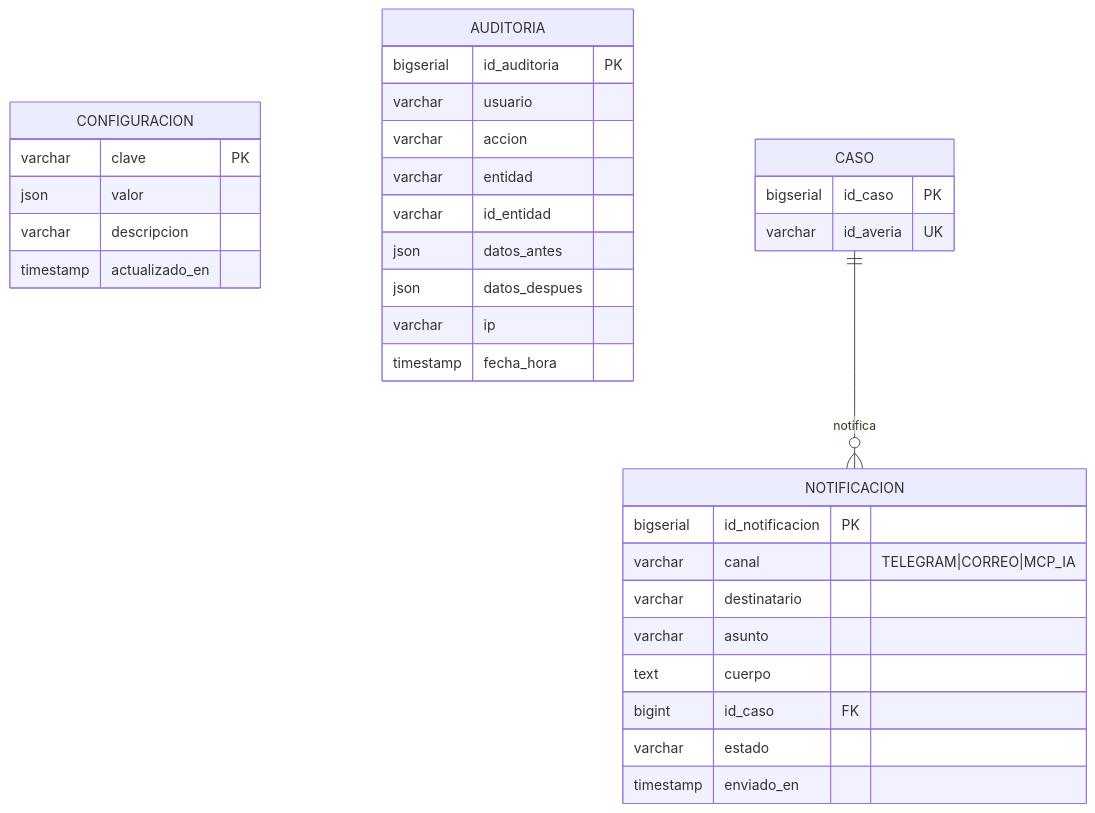
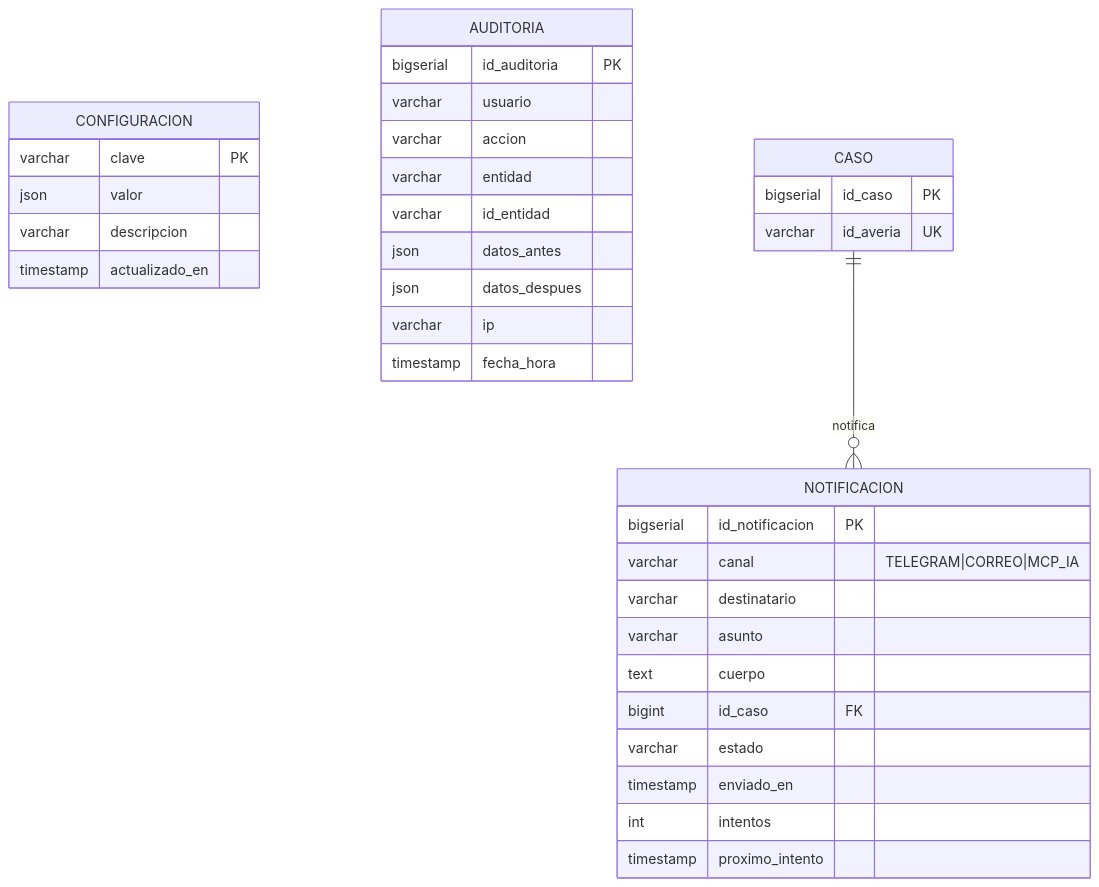
One commit to anlucorporations/GGTO changed the seventh of 7 diagrams in RepoTecnico/modelo_er.md. Above: the diagram before and after it, drawn with Mermaid. The commit also changed other lines of this file and 26 other files, not shown here.

````diff
--- a/RepoTecnico/modelo_er.md
+++ b/RepoTecnico/modelo_er.md
@@ -581,36 +583,38 @@
 ```mermaid
 erDiagram
     CONFIGURACION {
         varchar  clave PK
         json     valor
         varchar  descripcion
         timestamp actualizado_en
     }
     AUDITORIA {
         bigserial id_auditoria PK
         varchar  usuario
         varchar  accion
         varchar  entidad
         varchar  id_entidad
         json     datos_antes
         json     datos_despues
         varchar  ip
         timestamp fecha_hora
     }
     NOTIFICACION {
         bigserial id_notificacion PK
         varchar  canal "TELEGRAM|CORREO|MCP_IA"
         varchar  destinatario
         varchar  asunto
         text     cuerpo
         bigint   id_caso FK
         varchar  estado
         timestamp enviado_en
+        int      intentos
+        timestamp proximo_intento
     }
     CASO {
         bigserial id_caso PK
         varchar  id_averia UK
     }
 
     CASO ||--o{ NOTIFICACION : notifica
 ```
````
